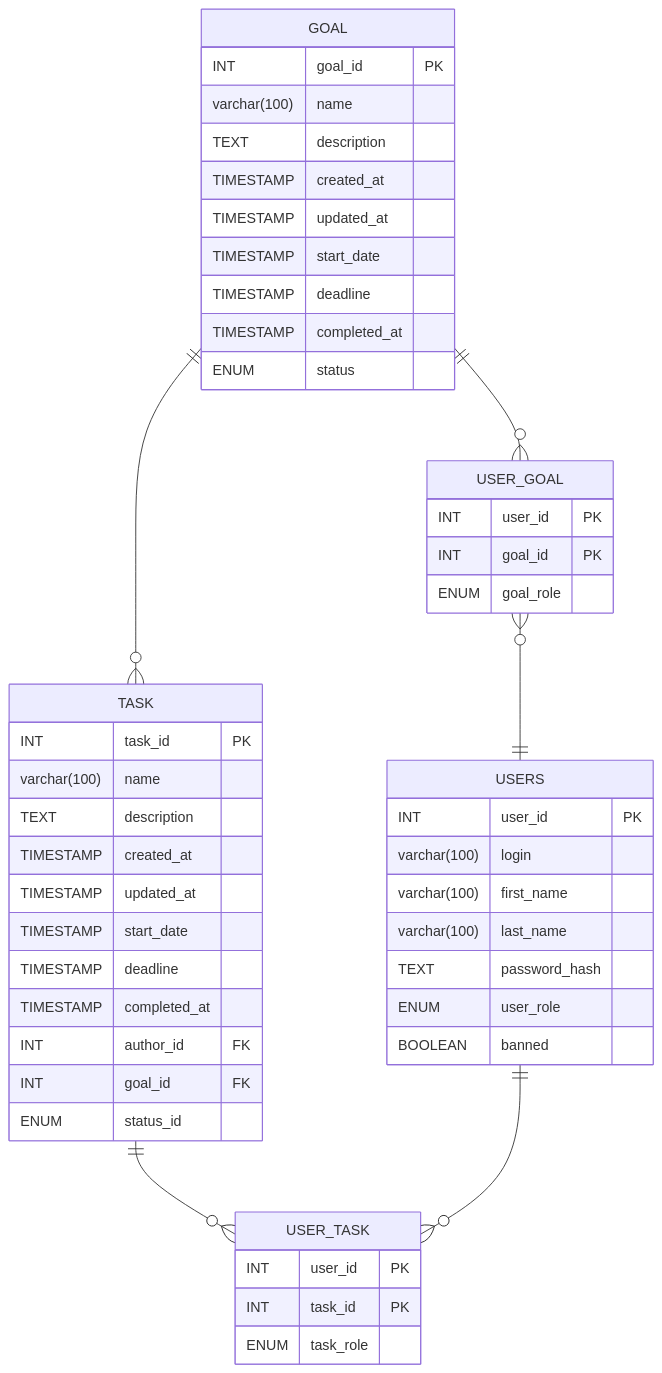
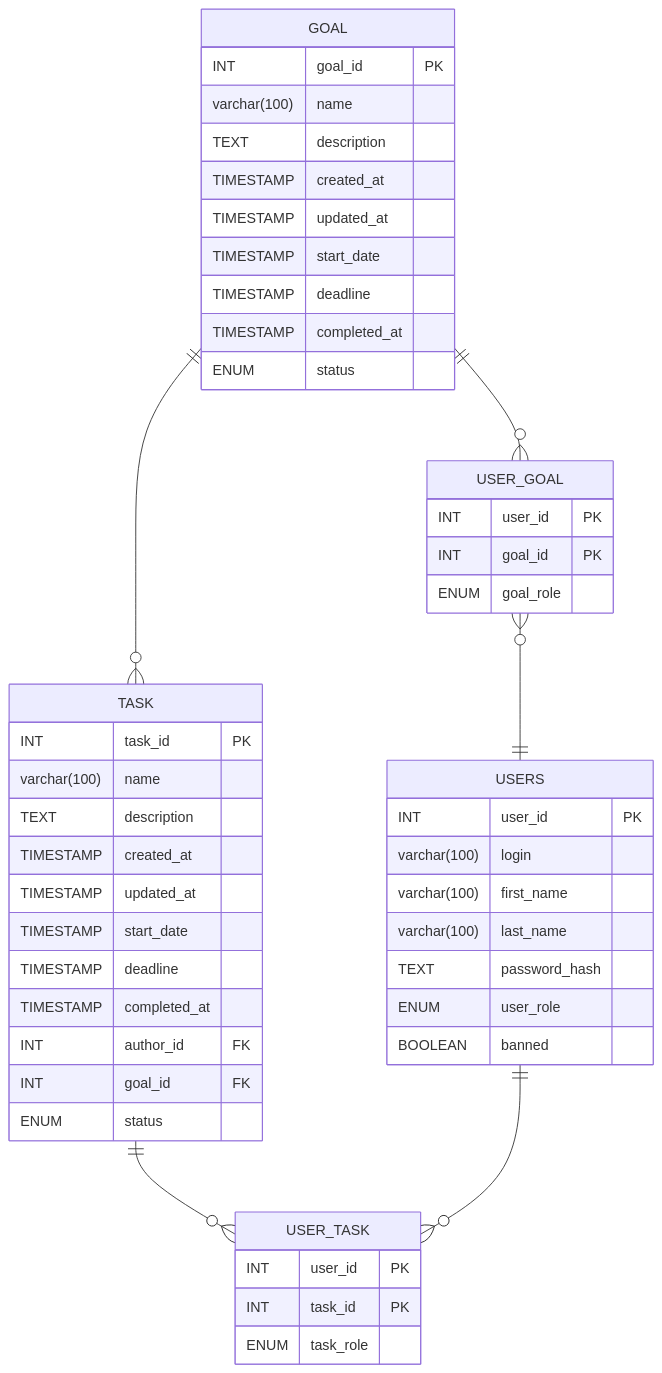
The first of 3 diagrams in README.md (MrPranikof/TManage), drawn with Mermaid before and after one commit.

````diff
--- a/README.md
+++ b/README.md
@@ -95,56 +95,56 @@
 ```mermaid
 erDiagram
     TASK ||--o{ USER_TASK : " "
     USERS ||--o{ USER_TASK : " "
     GOAL ||--o{ USER_GOAL : " "
     USER_GOAL }o--|| USERS : " "
     GOAL ||--o{ TASK : ""
 
   USERS {
       INT user_id PK
       varchar(100) login
       varchar(100) first_name
       varchar(100) last_name
       TEXT password_hash
       ENUM user_role
       BOOLEAN banned
   }
   
   GOAL {
       INT goal_id PK
       varchar(100) name
       TEXT description
       TIMESTAMP created_at
       TIMESTAMP updated_at
       TIMESTAMP start_date
       TIMESTAMP deadline
       TIMESTAMP completed_at
       ENUM status
   }
   
   TASK {
       INT task_id PK
       varchar(100) name
       TEXT description
       TIMESTAMP created_at
       TIMESTAMP updated_at
       TIMESTAMP start_date
       TIMESTAMP deadline
       TIMESTAMP completed_at
       INT author_id FK
       INT goal_id FK
-      ENUM status_id
+      ENUM status
   }
   
   USER_TASK {
       INT user_id PK
       INT task_id PK
       ENUM task_role
   }
   
   USER_GOAL {
       INT user_id PK
       INT goal_id PK
       ENUM goal_role
   }
 ```
````
